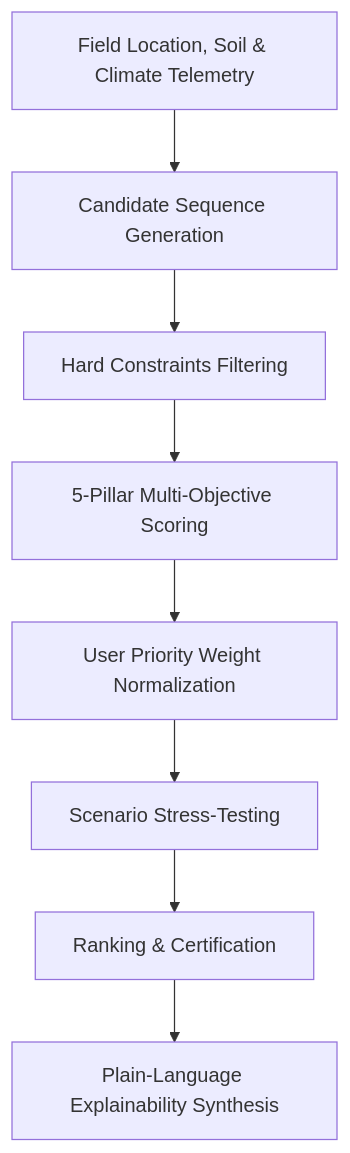
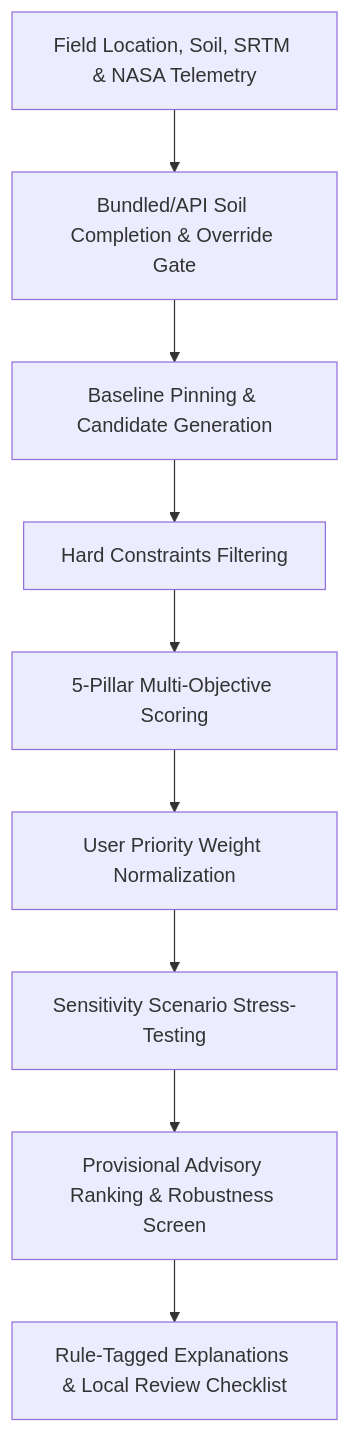
The diagram in docs/METHODOLOGY.md (knet-the-traveller/Moon-Chanter), drawn with Mermaid before and after one commit. The commit also changed other lines of this file and 1 other file, not shown here.

Commit message:
docs: sync METHODOLOGY and DEMO_SCRIPT with PR #8/#10 rules and SoilGrids unblock

````diff
--- a/docs/METHODOLOGY.md
+++ b/docs/METHODOLOGY.md
@@ -17,10 +17,11 @@
 ```mermaid
 flowchart TD
-    In[Field Location, Soil & Climate Telemetry] --> Gen[Candidate Sequence Generation]
+    In[Field Location, Soil, SRTM & NASA Telemetry] --> Pre[Bundled/API Soil Completion & Override Gate]
+    Pre --> Gen[Baseline Pinning & Candidate Generation]
     Gen --> Filt[Hard Constraints Filtering]
     Filt --> Score[5-Pillar Multi-Objective Scoring]
     Score --> Weight[User Priority Weight Normalization]
-    Weight --> Stress[Scenario Stress-Testing]
-    Stress --> Rank[Ranking & Certification]
-    Rank --> Explain[Plain-Language Explainability Synthesis]
+    Weight --> Stress[Sensitivity Scenario Stress-Testing]
+    Stress --> Rank[Provisional Advisory Ranking & Robustness Screen]
+    Rank --> Explain[Rule-Tagged Explanations & Local Review Checklist]
 ```
````
